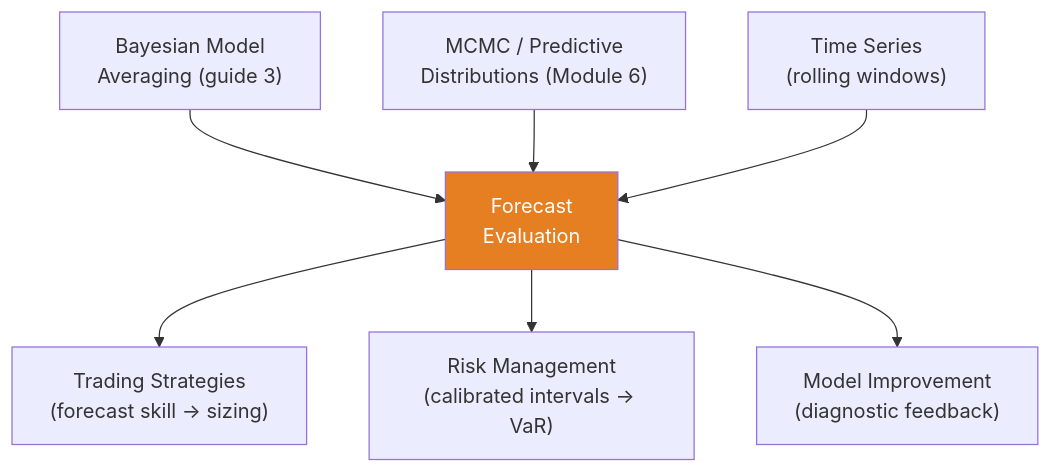
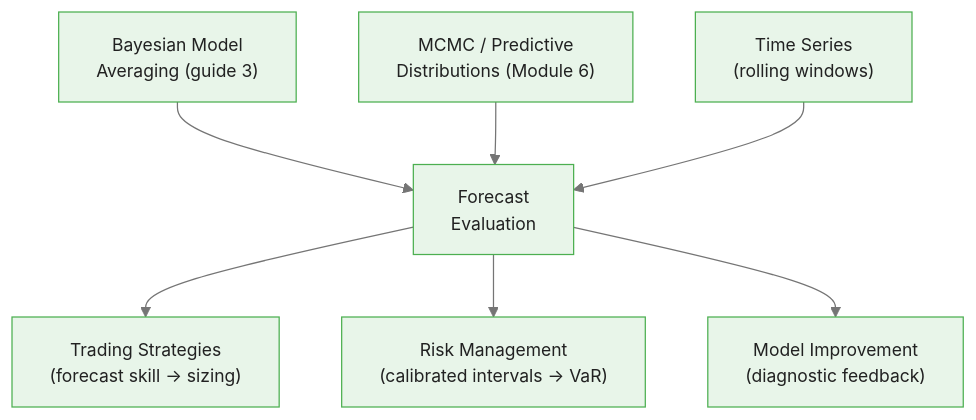
One commit to m-deane/course-creator changed the fourth of 4 diagrams in courses/bayesian-commodity-forecasting/modules/module_08_fundamentals_integration/guides/04_forecast_evaluation_slides.md. Above: the diagram before and after it, drawn with Mermaid. The commit also changed other lines of this file and 104 other files, not shown here.

````diff
--- a/courses/bayesian-commodity-forecasting/modules/module_08_fundamentals_integration/guides/04_forecast_evaluation_slides.md
+++ b/courses/bayesian-commodity-forecasting/modules/module_08_fundamentals_integration/guides/04_forecast_evaluation_slides.md
@@ -302,10 +314,10 @@
 ```mermaid
+%%{init: {"theme": "base", "themeVariables": {"primaryColor": "#e8f5e9", "primaryBorderColor": "#4caf50", "primaryTextColor": "#212121", "secondaryColor": "#e3f2fd", "tertiaryColor": "#fff8e1", "lineColor": "#757575", "fontFamily": "Inter, sans-serif", "fontSize": "14px"}}}%%
 flowchart TD
     BMA["Bayesian Model\nAveraging (guide 3)"] --> FE["Forecast\nEvaluation"]
     MCMC["MCMC / Predictive\nDistributions (Module 6)"] --> FE
     TS["Time Series\n(rolling windows)"] --> FE
     FE --> TRADE["Trading Strategies\n(forecast skill -> sizing)"]
     FE --> RISK["Risk Management\n(calibrated intervals -> VaR)"]
     FE --> IMPROVE["Model Improvement\n(diagnostic feedback)"]
-    style FE fill:#e67e22,color:#fff
 ```
````
